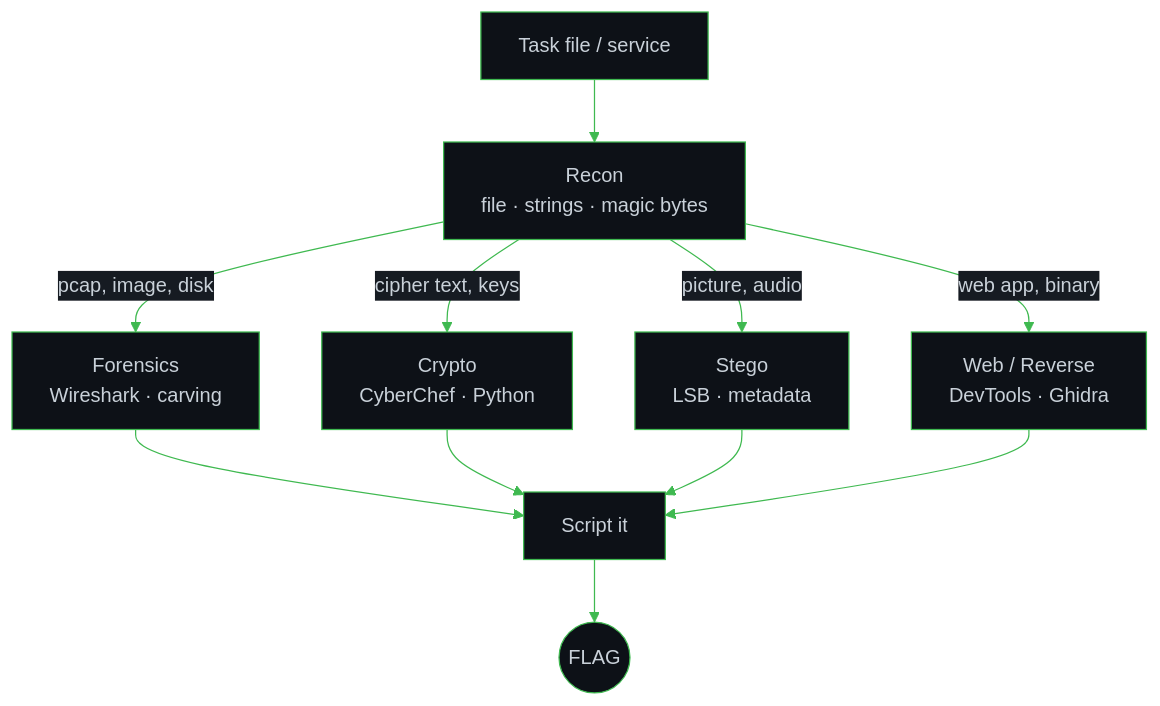
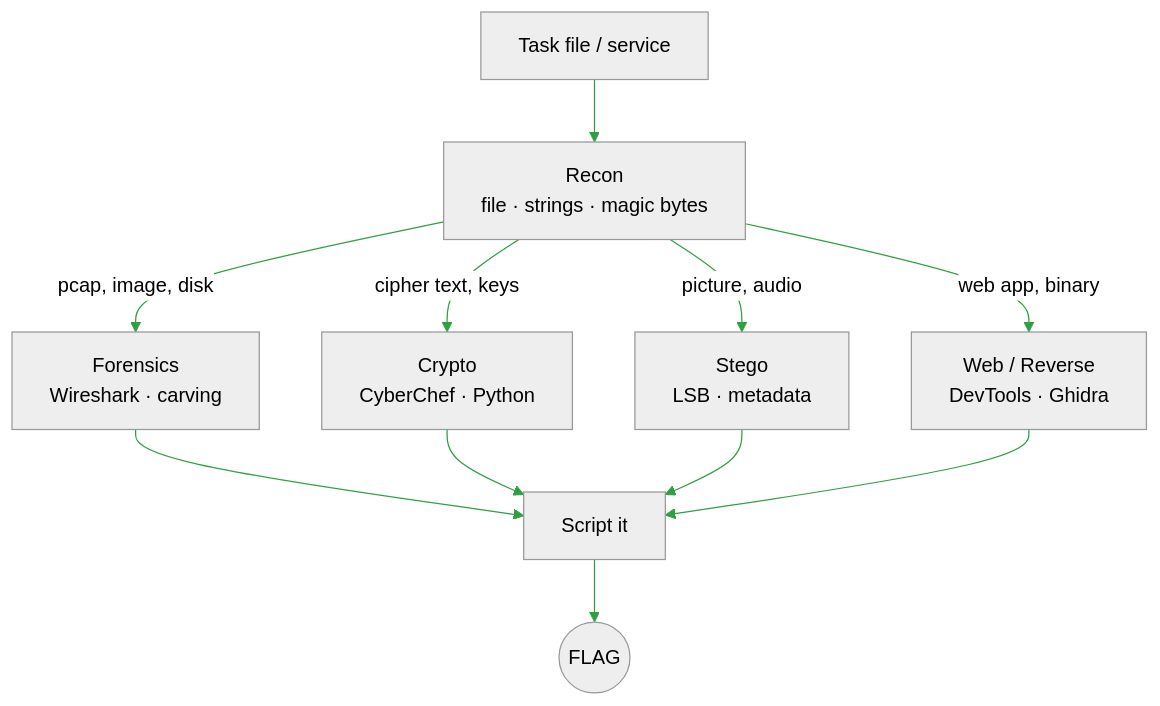
One commit to hazekerr/hazekerr changed the third of 3 diagrams in README.md. Above: the diagram before and after it, drawn with Mermaid. The commit also changed other lines of this file and 8 other files, not shown here.

````diff
--- a/README.md
+++ b/README.md
@@ -129,11 +156,11 @@
 ```mermaid
-%%{init: {'theme':'base','themeVariables':{'primaryColor':'#0d1117','primaryTextColor':'#c9d1d9','primaryBorderColor':'#3fb950','lineColor':'#3fb950','secondaryColor':'#161b22','tertiaryColor':'#161b22','fontFamily':'monospace'}}}%%
+%%{init: {'theme':'neutral','themeVariables':{'lineColor':'#2ea043','primaryBorderColor':'#2ea043','fontFamily':'monospace'}}}%%
 flowchart TD
   A[Task file / service] --> B[Recon<br/>file · strings · magic bytes]
   B -->|pcap, image, disk| F[Forensics<br/>Wireshark · carving]
   B -->|cipher text, keys| C[Crypto<br/>CyberChef · Python]
   B -->|picture, audio| S[Stego<br/>LSB · metadata]
   B -->|web app, binary| W[Web / Reverse<br/>DevTools · Ghidra]
   F & C & S & W --> X[Script it]
   X --> FLAG((FLAG))
 ```
````
